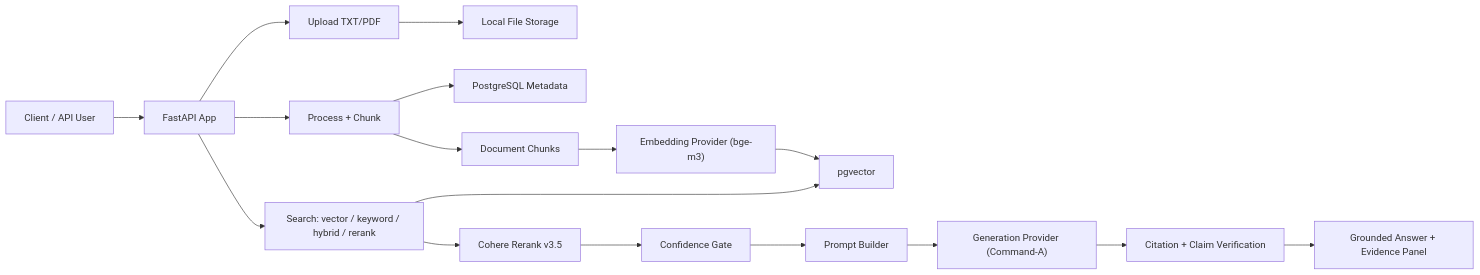
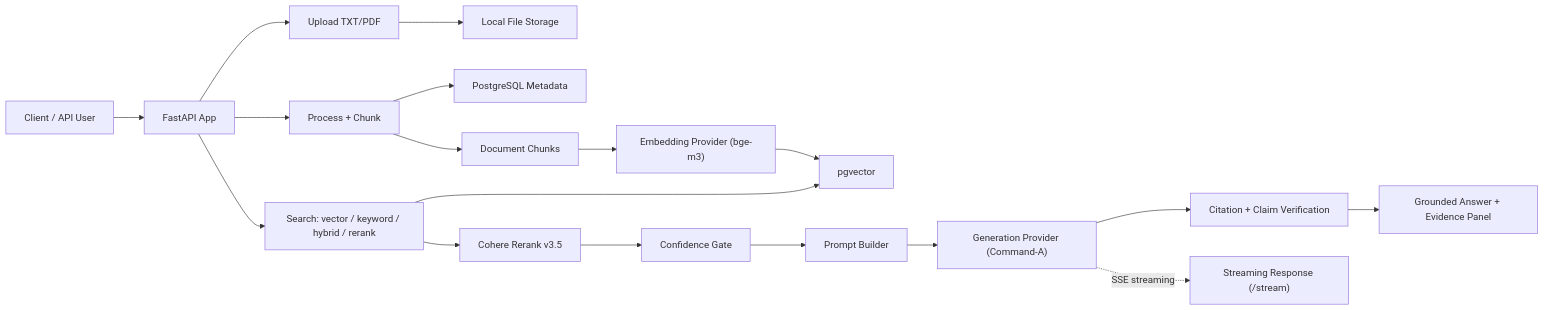
One commit to mo22zy2/RAG_AI_Hackathon changed the diagram in README.md. Above: the diagram before and after it, drawn with Mermaid. The commit also changed other lines of this file and 1 other file, not shown here.

Commit message:
Update answer time metrics and add streaming docs to README

````diff
--- a/README.md
+++ b/README.md
@@ -58,19 +83,20 @@
 ```mermaid
 flowchart LR
     Client["Client / API User"] --> API["FastAPI App"]
     API --> Upload["Upload TXT/PDF"]
     Upload --> Disk["Local File Storage"]
     API --> Process["Process + Chunk"]
     Process --> SQL["PostgreSQL Metadata"]
     Process --> Chunks["Document Chunks"]
     Chunks --> Embed["Embedding Provider (bge-m3)"]
     Embed --> VectorDB["pgvector"]
     API --> Search["Search: vector / keyword / hybrid / rerank"]
     Search --> VectorDB
     Search --> Rerank["Cohere Rerank v3.5"]
     Rerank --> Confidence["Confidence Gate"]
     Confidence --> Prompt["Prompt Builder"]
     Prompt --> LLM["Generation Provider (Command-A)"]
     LLM --> Verify["Citation + Claim Verification"]
     Verify --> Answer["Grounded Answer + Evidence Panel"]
+    LLM -.->|SSE streaming| Stream["Streaming Response (/stream)"]
 ```
````
